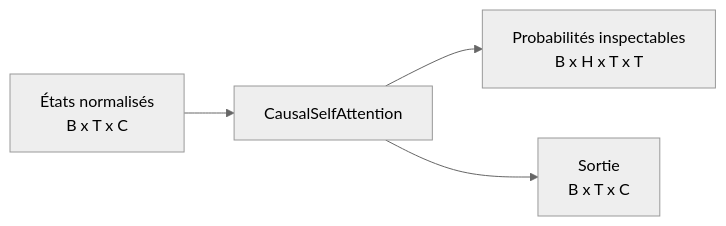
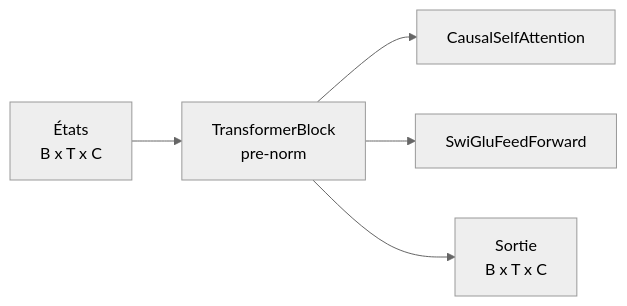
The second of 2 diagrams in docs/architecture/overview.md (lxp-technologies/lxp-mini-1xm), drawn with Mermaid (neutral theme) before and after one commit. The commit also changed other lines of this file and 14 other files, not shown here.

First line of the commit message:
Feature/pr07 transformer block (#7)

````diff
--- a/docs/architecture/overview.md
+++ b/docs/architecture/overview.md
@@ -32,6 +32,7 @@
 ```mermaid
 flowchart LR
-    X[États normalisés<br/>B x T x C] --> ATT[CausalSelfAttention]
-    ATT --> P[Probabilités inspectables<br/>B x H x T x T]
-    ATT --> Y[Sortie<br/>B x T x C]
+    X[États<br/>B x T x C] --> BLOCK[TransformerBlock<br/>pre-norm]
+    BLOCK --> ATT[CausalSelfAttention]
+    BLOCK --> FFN[SwiGluFeedForward]
+    BLOCK --> Y[Sortie<br/>B x T x C]
 ```
````
